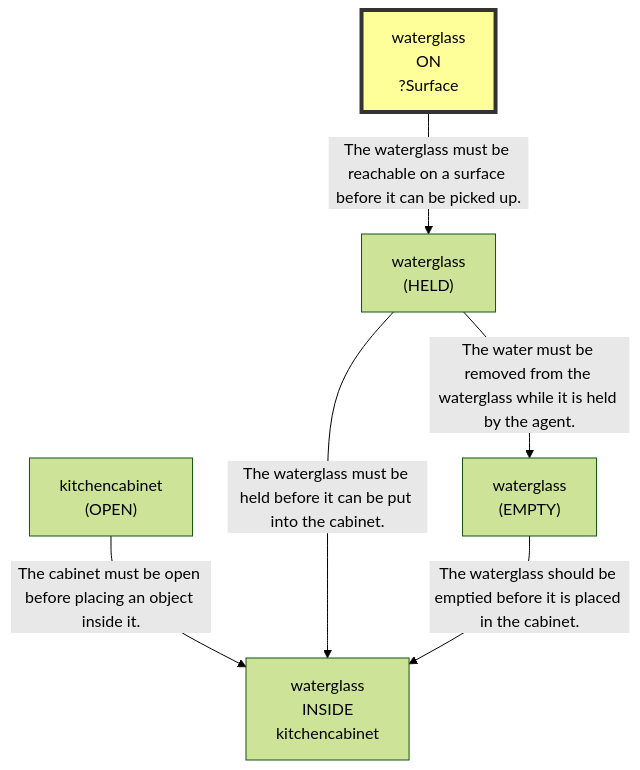
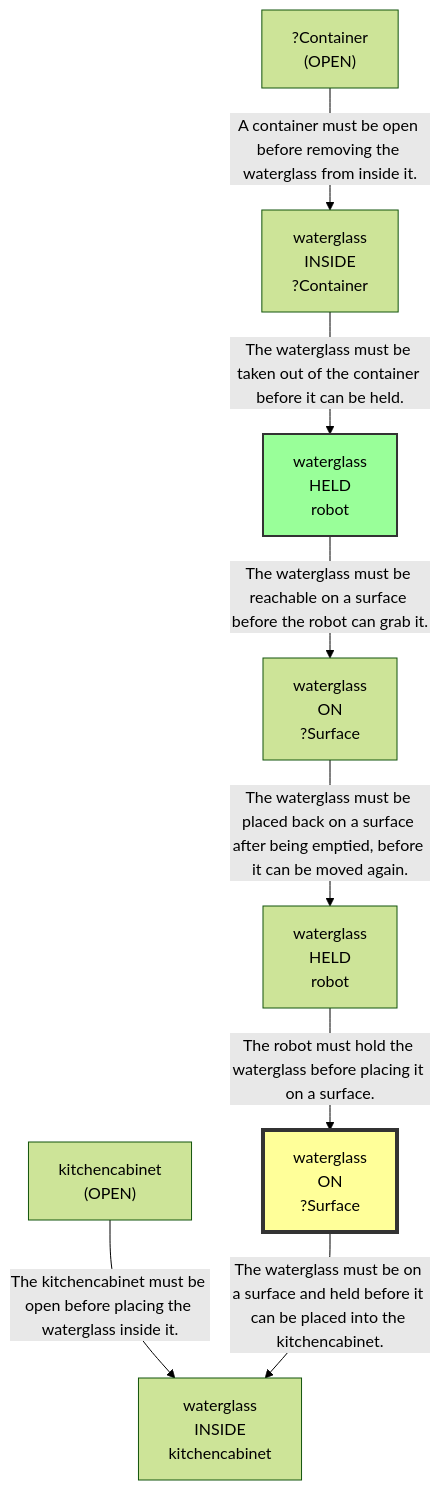
The third of 15 diagrams in evaluation/results/table1/_raw/robostate/run_T1_INST_G1_05_vague.md (scuama/virtualhome), drawn with Mermaid (forest theme) before and after one commit. The commit also changed other lines of this file and 96 other files, not shown here.

````diff
--- a/evaluation/results/table1/_raw/robostate/run_T1_INST_G1_05_vague.md
+++ b/evaluation/results/table1/_raw/robostate/run_T1_INST_G1_05_vague.md
@@ -184,14 +261,20 @@
 ```mermaid
 graph TD
     N1["waterglass<br>ON<br>?Surface"]
-    style N1 fill:#ff9,stroke:#333,stroke-width:4px
-    N2["waterglass<br>(HELD)"]
-    N3["kitchencabinet<br>(OPEN)"]
-    N4["waterglass<br>INSIDE<br>kitchencabinet"]
-    N5["waterglass<br>(EMPTY)"]
-    N1 -->|"The waterglass must be reachable on a surface before it can be picked up."| N2
-    N2 -->|"The water must be removed from the waterglass while it is held by the agent."| N5
-    N3 -->|"The cabinet must be open before placing an object inside it."| N4
-    N2 -->|"The waterglass must be held before it can be put into the cabinet."| N4
-    N5 -->|"The waterglass should be emptied before it is placed in the cabinet."| N4
+    N2["waterglass<br>HELD<br>robot"]
+    style N2 fill:#9f9,stroke:#333,stroke-width:2px
+    N3["waterglass<br>INSIDE<br>?Container"]
+    N4["?Container<br>(OPEN)"]
+    N5["waterglass<br>ON<br>?Surface"]
+    style N5 fill:#ff9,stroke:#333,stroke-width:4px
+    N6["waterglass<br>HELD<br>robot"]
+    N7["waterglass<br>INSIDE<br>kitchencabinet"]
+    N8["kitchencabinet<br>(OPEN)"]
+    N2 -->|"The waterglass must be reachable on a surface before the robot can grab it."| N1
+    N4 -->|"A container must be open before removing the waterglass from inside it."| N3
+    N3 -->|"The waterglass must be taken out of the container before it can be held."| N2
+    N1 -->|"The waterglass must be placed back on a surface after being emptied, before it can be moved again."| N6
+    N6 -->|"The robot must hold the waterglass before placing it on a surface."| N5
+    N8 -->|"The kitchencabinet must be open before placing the waterglass inside it."| N7
+    N5 -->|"The waterglass must be on a surface and held before it can be placed into the kitchencabinet."| N7
 ```
````
